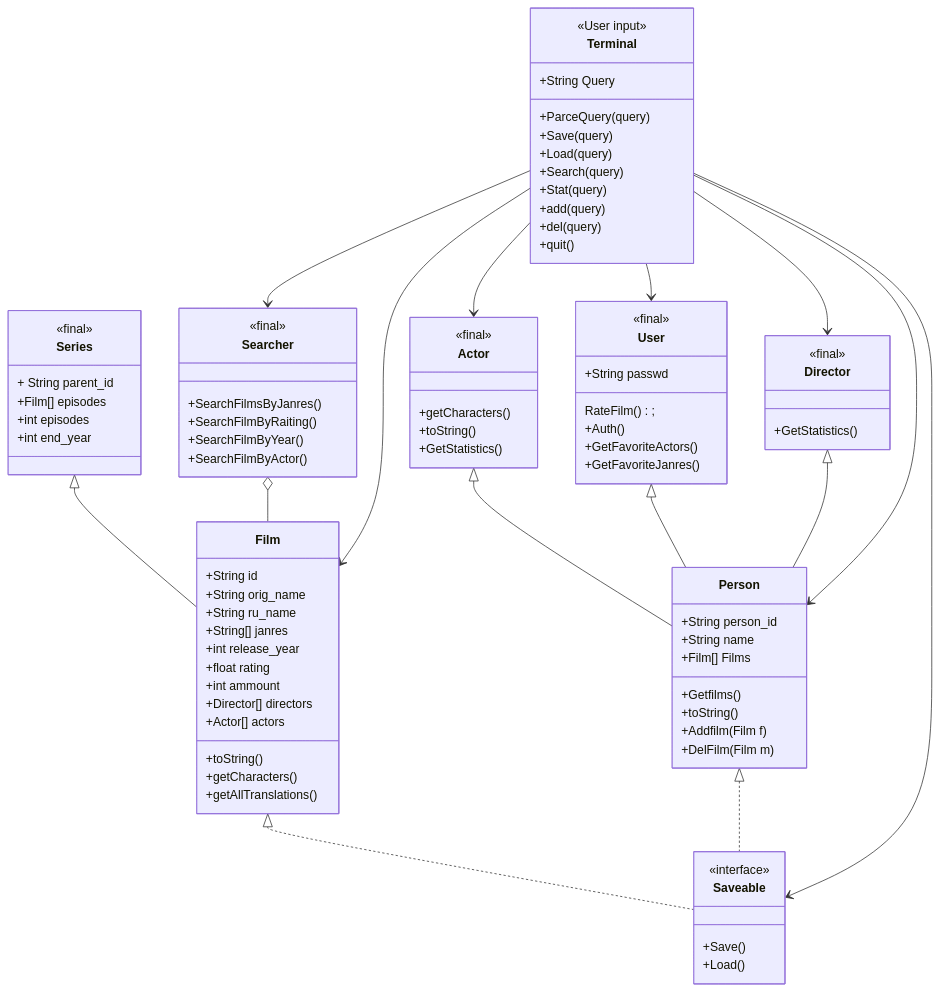
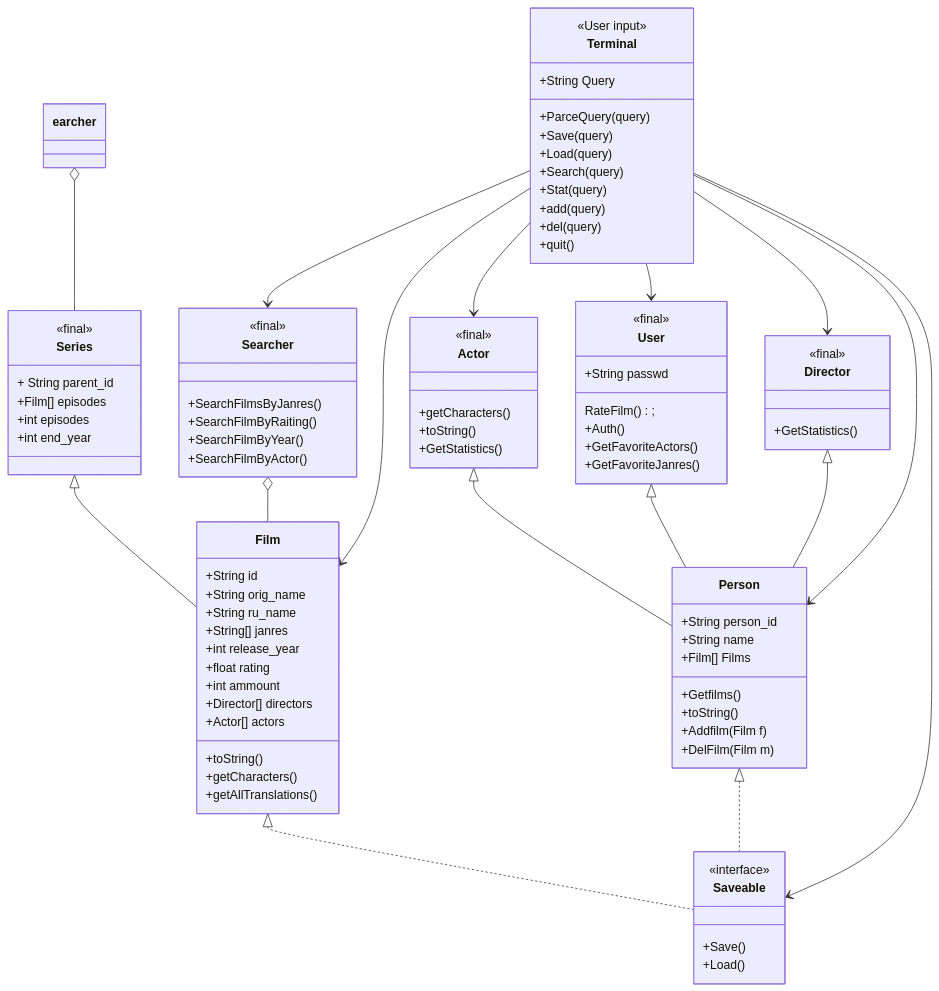
One commit to mmonastyrskiy/Programming_3_sem changed the diagram in Java_OOP/Monastyrskiy/Java_project/docs/structure.md. Above: the diagram before and after it, drawn with Mermaid.

```diff
--- a/Java_OOP/Monastyrskiy/Java_project/docs/structure.md
+++ b/Java_OOP/Monastyrskiy/Java_project/docs/structure.md
@@ -106,6 +106,7 @@
     Film <|.. Saveable
     Person <|.. Saveable
     Searcher o-- Film
+    earcher o-- Series
     
     
     Terminal --> Searcher
```
